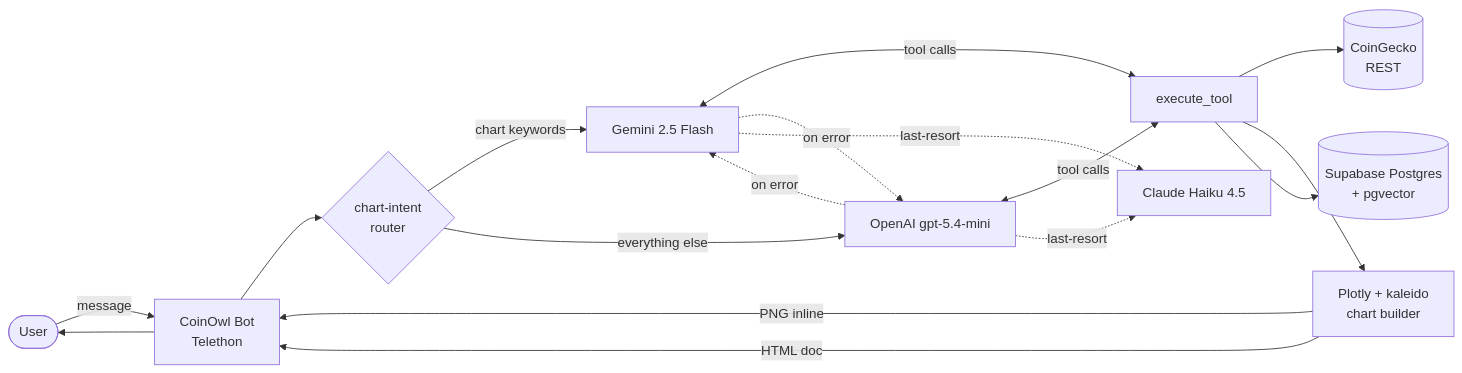
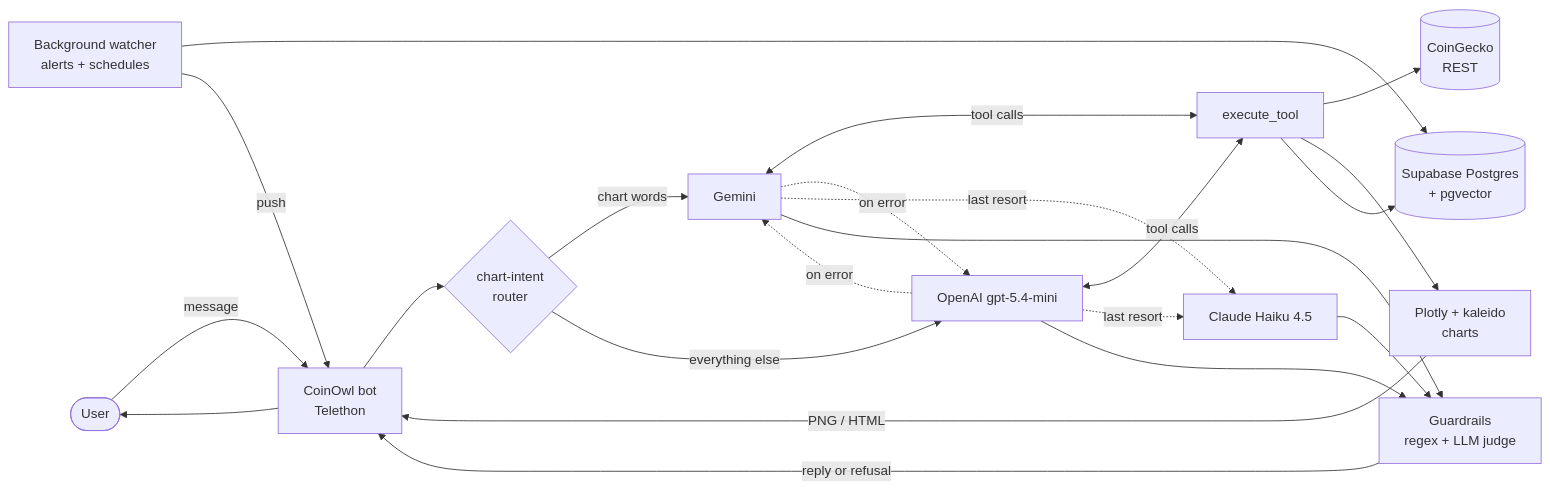
One commit to Sabakhupenia/coinowl changed the diagram in README.md. Above: the diagram before and after it, drawn with Mermaid. The commit also changed other lines of this file, not shown here.

````diff
--- a/README.md
+++ b/README.md
@@ -23,19 +52,24 @@
 ```mermaid
 flowchart LR
-    U([User]) -->|message| B[CoinOwl Bot<br/>Telethon]
+    U([User]) -->|message| B[CoinOwl bot<br/>Telethon]
     B --> R{chart-intent<br/>router}
-    R -->|"chart keywords"| GM[Gemini 2.5 Flash]
+    R -->|"chart words"| GM[Gemini]
     R -->|"everything else"| OA[OpenAI gpt-5.4-mini]
     GM <-->|tool calls| T[execute_tool]
     OA <-->|tool calls| T
     GM -.->|on error| OA
     OA -.->|on error| GM
-    GM -.->|last-resort| CL[Claude Haiku 4.5]
-    OA -.->|last-resort| CL
+    GM -.->|last resort| CL[Claude Haiku 4.5]
+    OA -.->|last resort| CL
     T --> CG[(CoinGecko<br/>REST)]
-    T --> CH[Plotly + kaleido<br/>chart builder]
+    T --> CH[Plotly + kaleido<br/>charts]
     T --> PG[(Supabase Postgres<br/>+ pgvector)]
-    CH -->|PNG inline| B
-    CH -->|HTML doc| B
+    GM --> S[Guardrails<br/>regex + LLM judge]
+    OA --> S
+    CL --> S
+    S -->|reply or refusal| B
+    CH -->|PNG / HTML| B
+    W[Background watcher<br/>alerts + schedules] --> PG
+    W -->|push| B
     B --> U
 ```
````
